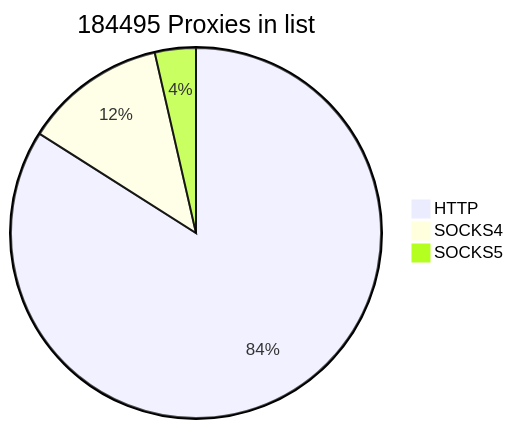
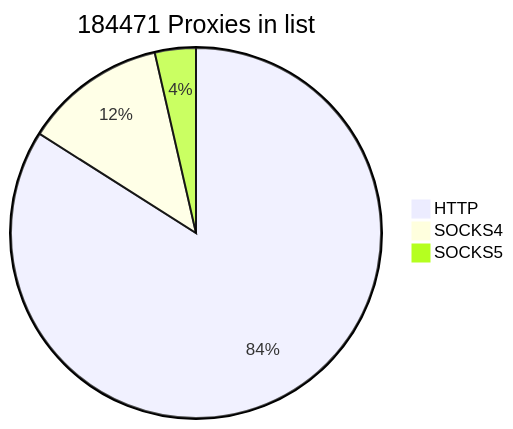
The first of 2 diagrams in README.md (cutipu/proxylist), drawn with Mermaid before and after one commit. The commit also changed other lines of this file, not shown here.

````diff
--- a/README.md
+++ b/README.md
@@ -2,7 +2,7 @@
 ```mermaid
-pie title 184495 Proxies in list
-    "HTTP" : 154970
+pie title 184471 Proxies in list
+    "HTTP" : 154946
     "SOCKS4" : 22922
     "SOCKS5" : 6603
             
 ```
````
